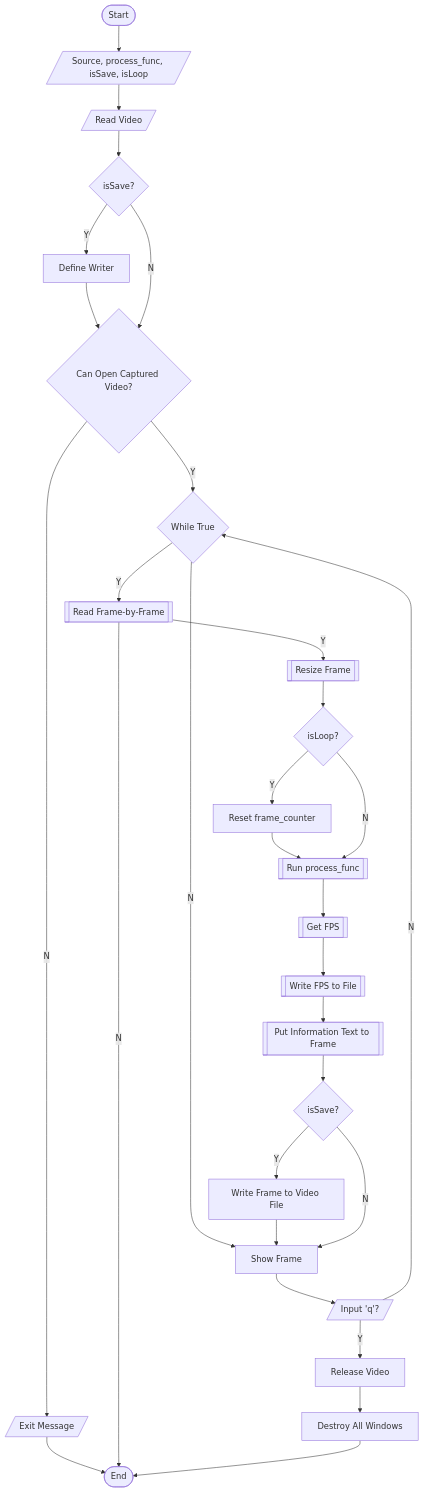
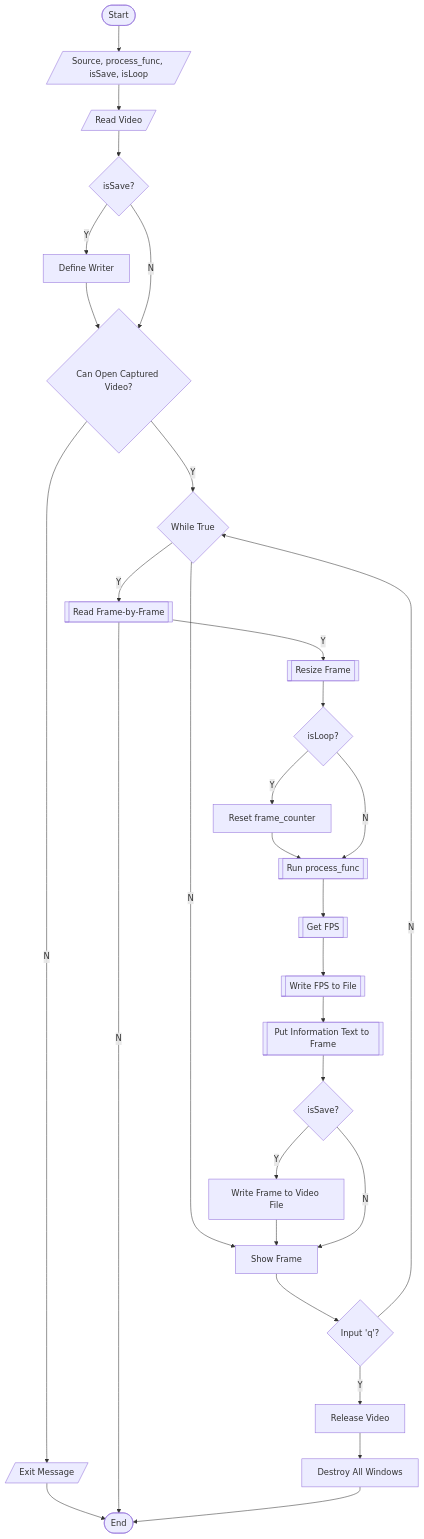
The first of 2 diagrams in note/flowchart.md (mahaamesha/tracking-floating-object-opencv), drawn with Mermaid before and after one commit.

````diff
--- a/note/flowchart.md
+++ b/note/flowchart.md
@@ -12,50 +12,50 @@
     ```mermaid
     flowchart TD
         B([ Start ]);
         E([ End ]);
         I1[/ Source, process_func, isSave, isLoop /];
         I2[/ Read Video /];
         D1{ isSave? };
         P2[ Define Writer ];
         D2{ Can Open Captured Video? };
         O1[/ Exit Message /];
         D3{ While True };
         I3[[ Read Frame-by-Frame ]];
         P3[[ Resize Frame ]];
         D4{ isLoop? };
         P4[ Reset frame_counter ];
         F1[[ Run process_func ]];
         F2[[ Get FPS ]];
         F3[[ Write FPS to File ]];
         F4[[ Put Information Text to Frame ]];
         D5{ isSave? };
         P5[ Write Frame to Video File ];
         P6[ Show Frame ];
-        D6[/ Input 'q'? /];
+        D6{ Input 'q'? };
         P7[ Release Video ];
         P8[ Destroy All Windows ];
         B --> I1;
         I1 --> I2;
         I2 --> D1;
         D1 -- Y --> P2 --> D2;
         D1 -- N --> D2;
         D2 -- Y --> D3;
         D2 -- N --> O1 --> E;
         D3 -- Y --> I3;
         D3 -- N --> P6;
         I3 -- Y --> P3 --> D4;
         I3 -- N --> E;
         D4 -- Y --> P4 --> F1;
         D4 -- N --> F1;
         F1 --> F2;
         F2 --> F3;
         F3 --> F4;
         F4 --> D5;
         D5 -- Y --> P5 --> P6;
         D5 -- N --> P6;
         P6 --> D6;
         D6 -- Y --> P7;
         D6 -- N --> D3;
         P7 --> P8;
         P8 --> E;
     ```
````
